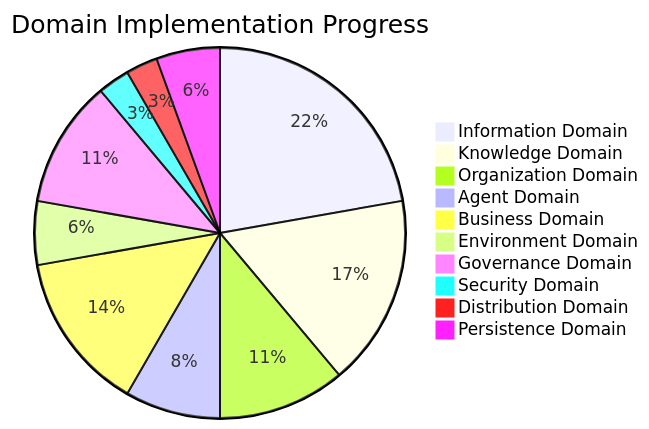
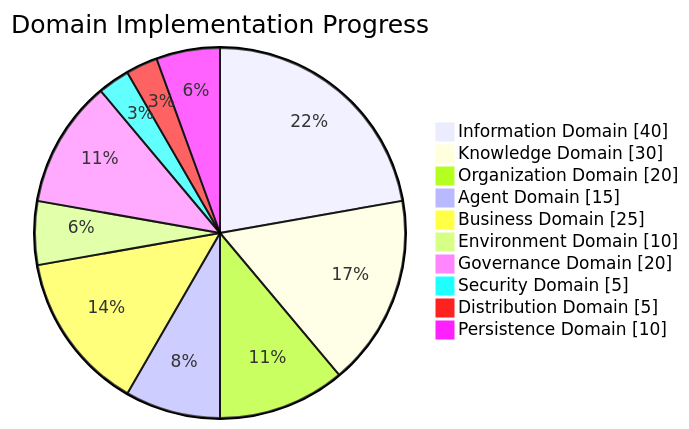
The second of 4 diagrams in docs/dashboard.md (TheCowboyAI/cim), drawn with Mermaid before and after one commit. The commit also changed other lines of this file, not shown here.

First line of the commit message:
fix: Update Gantt chart for GitHub Mermaid compatibility

````diff
--- a/docs/dashboard.md
+++ b/docs/dashboard.md
@@ -27,14 +26,14 @@
 ```mermaid
-pie
+pie showData
     title Domain Implementation Progress
     "Information Domain" : 40
     "Knowledge Domain" : 30
     "Organization Domain" : 20
     "Agent Domain" : 15
     "Business Domain" : 25
     "Environment Domain" : 10
     "Governance Domain" : 20
     "Security Domain" : 5
     "Distribution Domain" : 5
     "Persistence Domain" : 10
 ```
````
